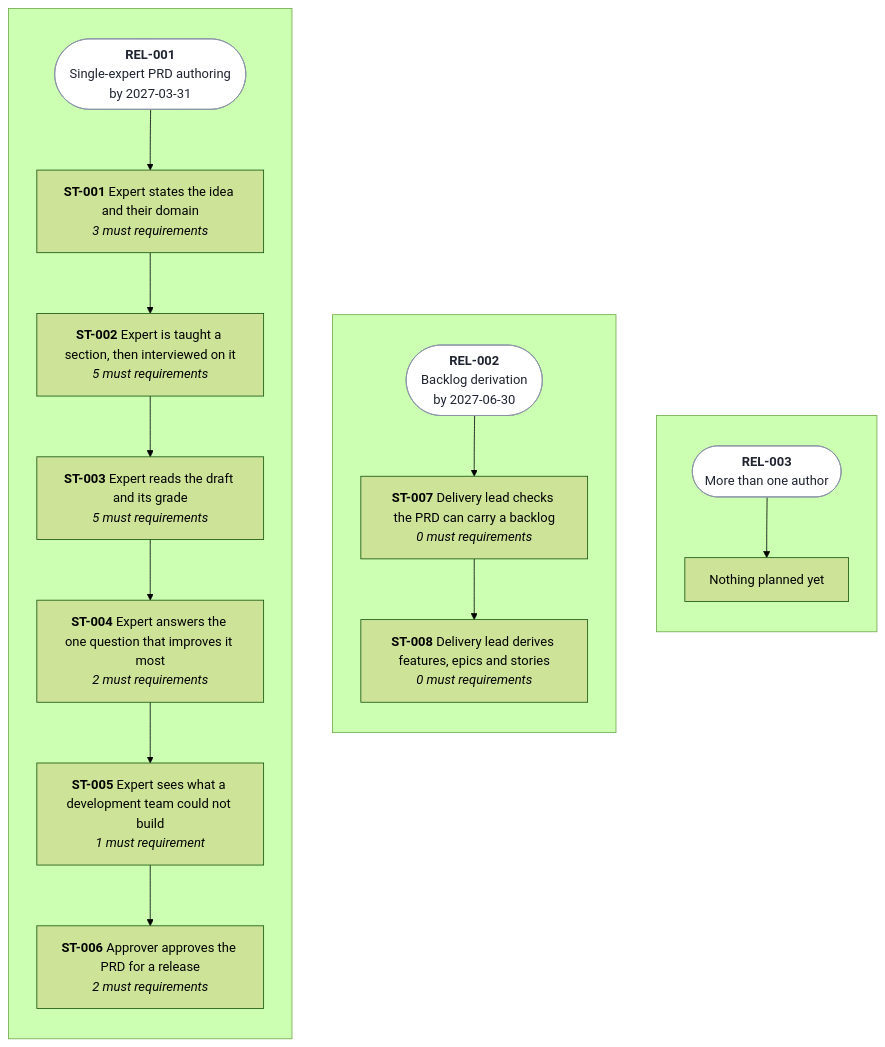
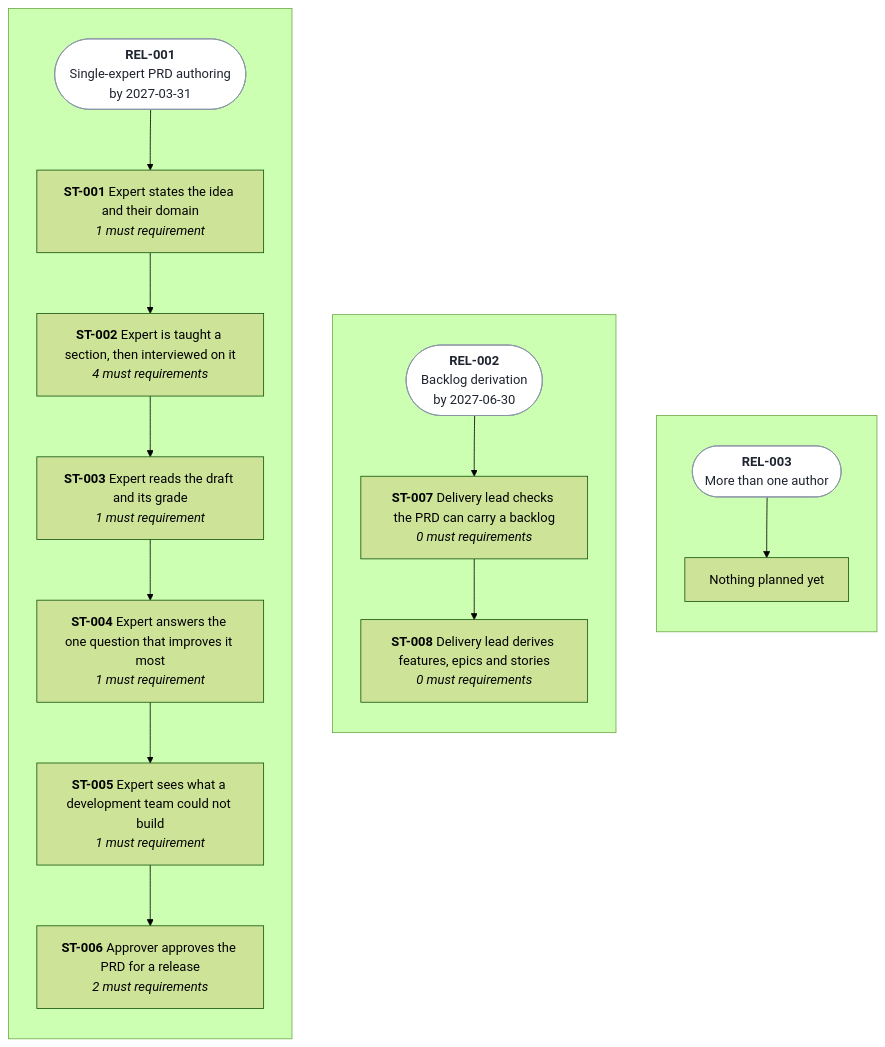
The diagram in docs/prd/prd-forge/diagrams/release-line.mmd (SpillwaveSolutions/prd-forge), drawn with Mermaid (forest theme) before and after one commit. The commit also changed 116 other files, not shown here.

```diff
--- a/docs/prd/prd-forge/diagrams/release-line.mmd
+++ b/docs/prd/prd-forge/diagrams/release-line.mmd
@@ -1,36 +1,36 @@
 %% Generated by prd-diagrams.mjs from the release plan front matter. Do not edit.
 %%{init: {"flowchart": {"wrappingWidth": 220}}}%%
 flowchart LR
   subgraph REL001[" "]
     direction TB
     REL001head(["<b>REL-001</b><br/>Single-expert PRD authoring<br/>by 2027-03-31"])
     REL001head --> ST001
-    ST001["<b>ST-001</b> Expert states the idea and their domain<br/><i>3 must requirements</i>"]
-    ST002["<b>ST-002</b> Expert is taught a section, then interviewed on it<br/><i>5 must requirements</i>"]
-    ST003["<b>ST-003</b> Expert reads the draft and its grade<br/><i>5 must requirements</i>"]
-    ST004["<b>ST-004</b> Expert answers the one question that improves it most<br/><i>2 must requirements</i>"]
+    ST001["<b>ST-001</b> Expert states the idea and their domain<br/><i>1 must requirement</i>"]
+    ST002["<b>ST-002</b> Expert is taught a section, then interviewed on it<br/><i>4 must requirements</i>"]
+    ST003["<b>ST-003</b> Expert reads the draft and its grade<br/><i>1 must requirement</i>"]
+    ST004["<b>ST-004</b> Expert answers the one question that improves it most<br/><i>1 must requirement</i>"]
     ST005["<b>ST-005</b> Expert sees what a development team could not build<br/><i>1 must requirement</i>"]
     ST006["<b>ST-006</b> Approver approves the PRD for a release<br/><i>2 must requirements</i>"]
     ST001 --> ST002
     ST002 --> ST003
     ST003 --> ST004
     ST004 --> ST005
     ST005 --> ST006
   end
   subgraph REL002[" "]
     direction TB
     REL002head(["<b>REL-002</b><br/>Backlog derivation<br/>by 2027-06-30"])
     REL002head --> ST007
     ST007["<b>ST-007</b> Delivery lead checks the PRD can carry a backlog<br/><i>0 must requirements</i>"]
     ST008["<b>ST-008</b> Delivery lead derives features, epics and stories<br/><i>0 must requirements</i>"]
     ST007 --> ST008
   end
   subgraph REL003[" "]
     direction TB
     REL003head(["<b>REL-003</b><br/>More than one author"])
     REL003head --> REL003none["Nothing planned yet"]
   end
   REL001 ~~~ REL002
   REL002 ~~~ REL003
   classDef head fill:#FFFFFF,stroke:#8A94A6,color:#1F2430
   class REL001head,REL002head,REL003head head
```
